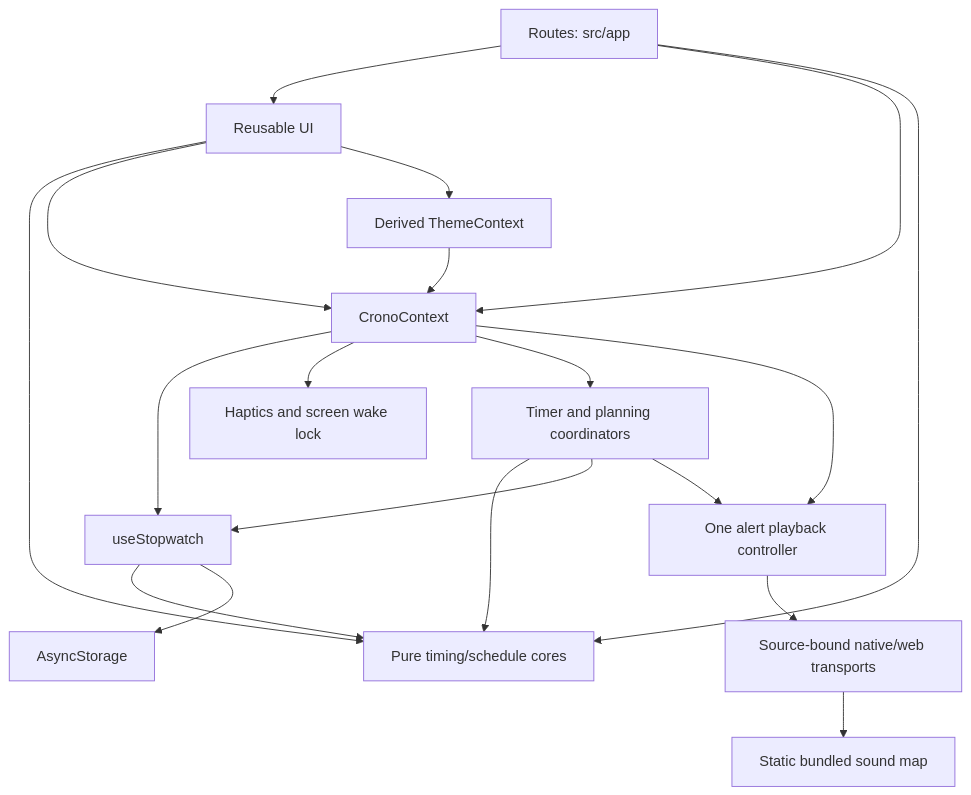
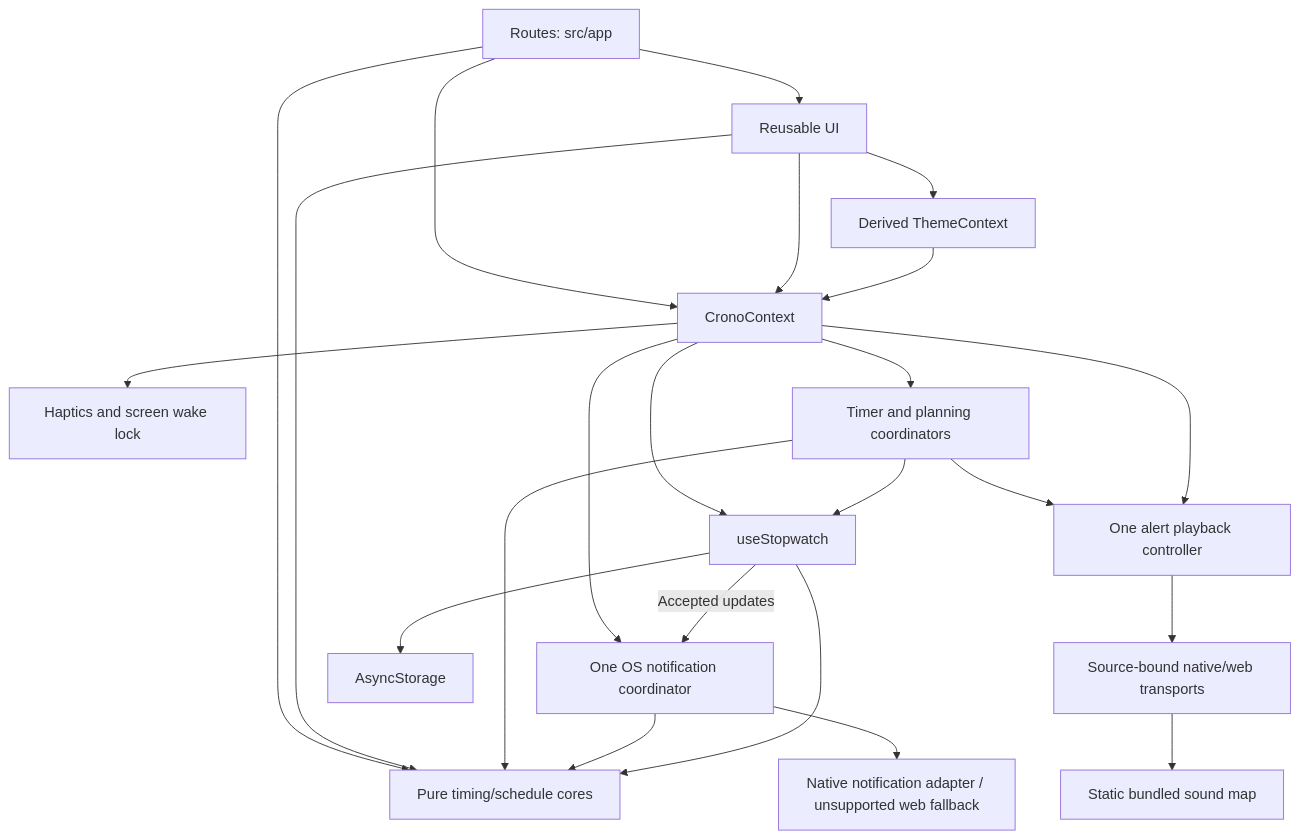
One commit to SAP4K/App_Crono changed the diagram in .ai-factory/ARCHITECTURE.md. Above: the diagram before and after it, drawn with Mermaid. The commit also changed other lines of this file and 43 other files, not shown here.

````diff
--- a/.ai-factory/ARCHITECTURE.md
+++ b/.ai-factory/ARCHITECTURE.md
@@ -109,21 +122,25 @@
 ```mermaid
 flowchart TD
     Routes["Routes: src/app"] --> UI["Reusable UI"]
     Routes --> Context["CronoContext"]
     Routes --> Core["Pure timing/schedule cores"]
     UI --> Core
     UI --> Context
     Context --> Hook["useStopwatch"]
     Context --> Device["Haptics and screen wake lock"]
     Context --> Completion["Timer and planning coordinators"]
     Completion --> Core
     Completion --> Hook
     Completion --> Playback["One alert playback controller"]
     Context --> Playback
+    Context --> Notifications["One OS notification coordinator"]
+    Hook -->|Accepted updates| Notifications
+    Notifications --> Core
+    Notifications --> Native["Native notification adapter / unsupported web fallback"]
     Playback --> Audio["Source-bound native/web transports"]
     Audio --> Assets["Static bundled sound map"]
     UI --> Theme["Derived ThemeContext"]
     Theme --> Context
     Hook --> Core
     Hook --> Storage["AsyncStorage"]
 ```
````
